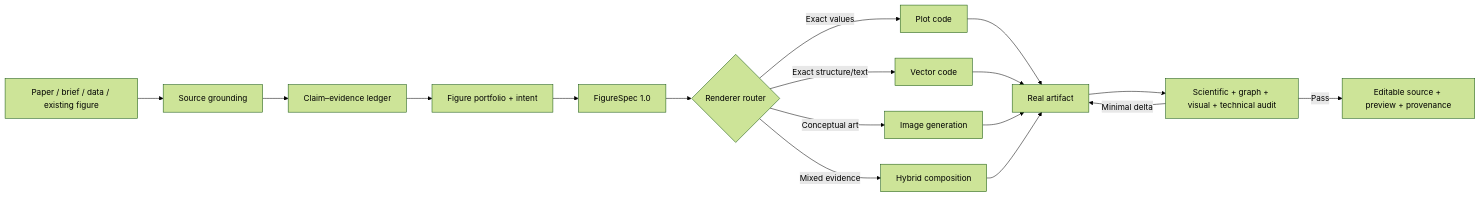
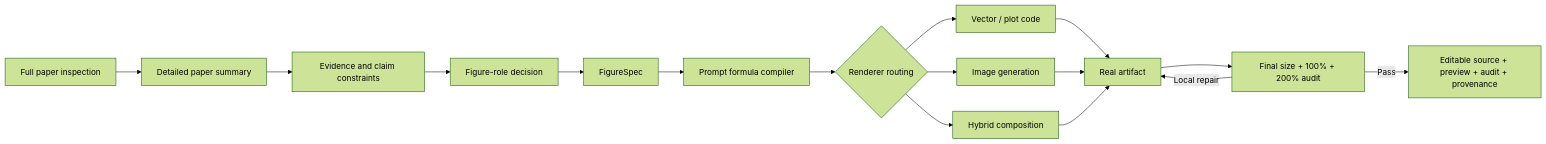
The diagram in README.md (KaiyiHu/ResearchFigureSkill), drawn with Mermaid (forest theme) before and after one commit. The commit also changed other lines of this file and 38 other files, not shown here.

````diff
--- a/README.md
+++ b/README.md
@@ -24,19 +14,18 @@
 ```mermaid
 flowchart LR
-    A["Paper / brief / data / existing figure"] --> B["Source grounding"]
-    B --> C["Claim–evidence ledger"]
-    C --> D["Figure portfolio + intent"]
-    D --> E["FigureSpec 1.0"]
-    E --> F{"Renderer router"}
-    F -->|Exact values| G["Plot code"]
-    F -->|Exact structure/text| H["Vector code"]
-    F -->|Conceptual art| I["Image generation"]
-    F -->|Mixed evidence| J["Hybrid composition"]
-    G --> K["Real artifact"]
-    H --> K
+    A["Full paper inspection"] --> B["Detailed paper summary"]
+    B --> C["Evidence and claim constraints"]
+    C --> D["Figure-role decision"]
+    D --> E["FigureSpec"]
+    E --> F["Prompt formula compiler"]
+    F --> G{"Renderer routing"}
+    G --> H["Vector / plot code"]
+    G --> I["Image generation"]
+    G --> J["Hybrid composition"]
+    H --> K["Real artifact"]
     I --> K
     J --> K
-    K --> L["Scientific + graph + visual + technical audit"]
-    L -->|Minimal delta| K
-    L -->|Pass| M["Editable source + preview + provenance"]
+    K --> L["Final size + 100% + 200% audit"]
+    L -->|Local repair| K
+    L -->|Pass| M["Editable source + preview + audit + provenance"]
 ```
````
